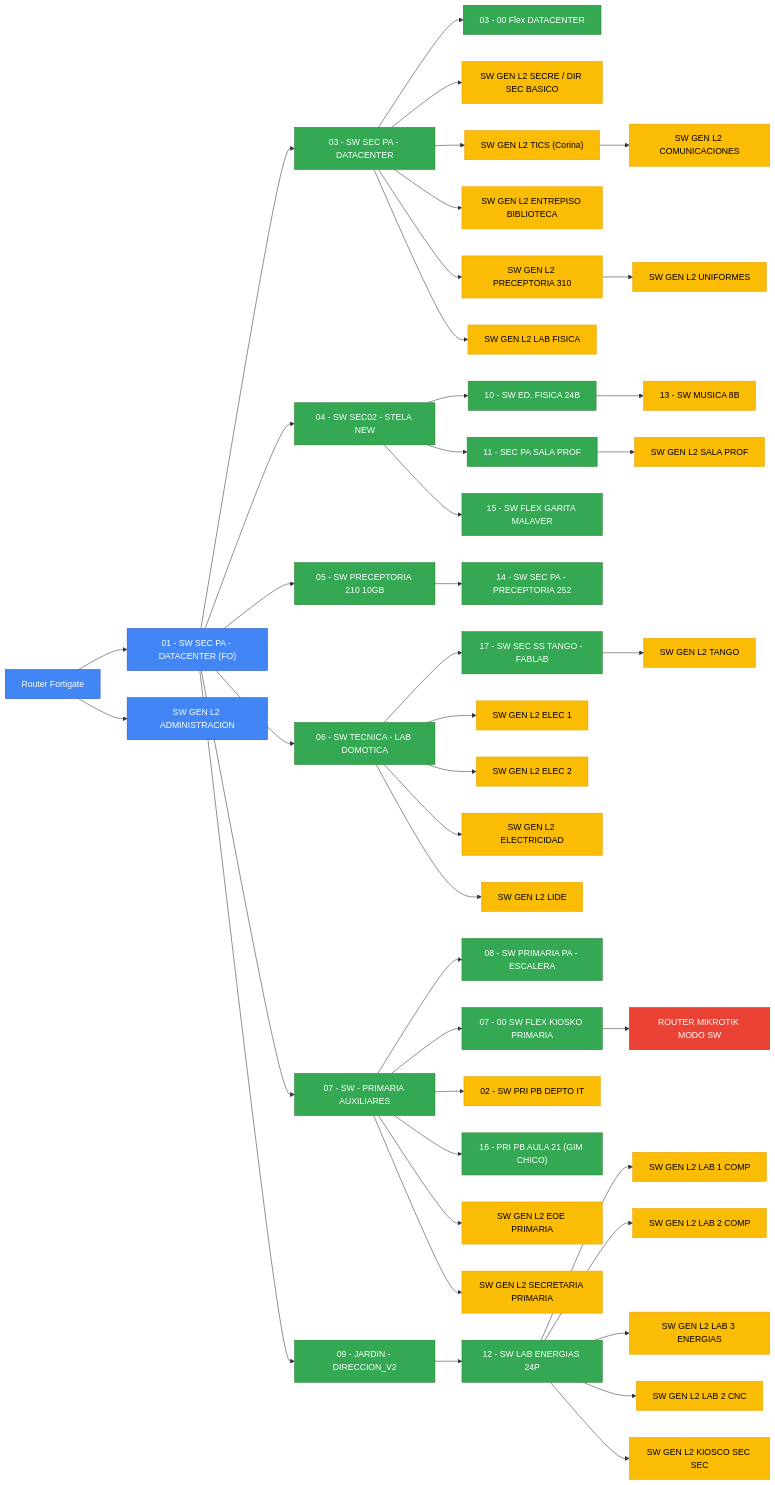
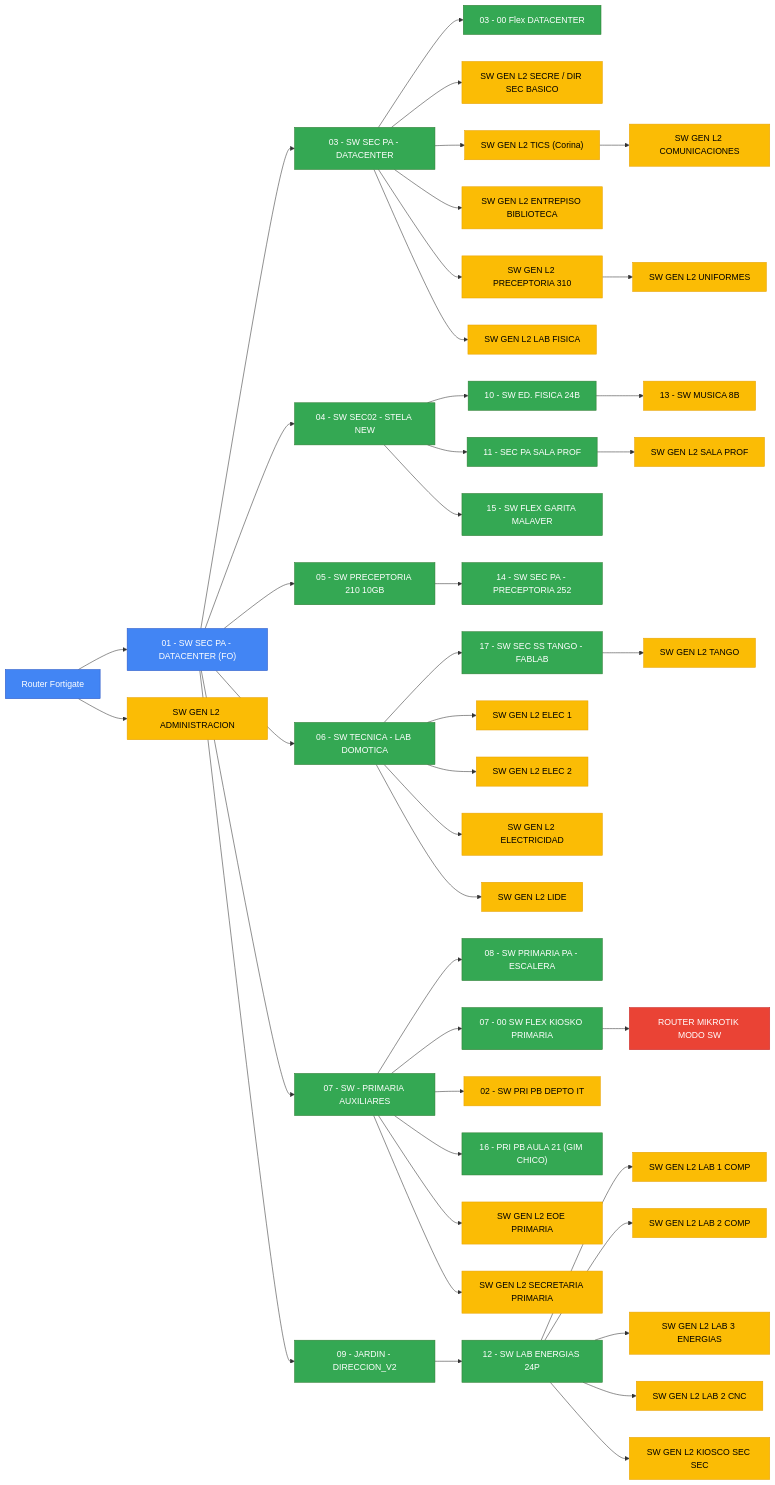
Before and after one commit to carlostcba/Topologia-LSF: the diagram in README.md, drawn with Mermaid.

````diff
--- a/README.md
+++ b/README.md
@@ -2,59 +2,59 @@
 ```mermaid
 flowchart LR
     classDef core fill:#4285F4,stroke:#2A56C6,color:white;
     classDef distribucion fill:#34A853,stroke:#2E7D32,color:white;
     classDef acceso fill:#FBBC05,stroke:#E8A203,color:black;
     classDef especial fill:#EA4335,stroke:#C62828,color:white;
 
     RF[Router Fortigate] --> C01["01 - SW SEC PA - DATACENTER (FO)"]
     RF --> S02["SW GEN L2 ADMINISTRACION"]
     C01 --> S03["03 - SW SEC PA - DATACENTER"]
     S03 --> F03["03 - 00 Flex DATACENTER"]
     S03 --> S031["SW GEN L2 SECRE / DIR SEC BASICO"]
     S03 --> S032["SW GEN L2 TICS (Corina)"]
     S032 --> S036["SW GEN L2 COMUNICACIONES"]
     S03 --> S033["SW GEN L2 ENTREPISO BIBLIOTECA"]
     S03 --> S034["SW GEN L2 PRECEPTORIA 310"]
     S034 --> S037["SW GEN L2 UNIFORMES"]
     S03 --> S035["SW GEN L2 LAB FISICA"]
 
     C01 --> S04["04 - SW SEC02 - STELA NEW"]
     S04 --> E10["10 - SW ED. FISICA 24B"]
     E10 --> M13["13 - SW MUSICA 8B"]
     S04 --> P11["11 - SEC PA SALA PROF"]
     P11 --> SPROF["SW GEN L2 SALA PROF"]
     S04 --> FLEX2["15 - SW FLEX GARITA MALAVER"]
 
     C01 --> S05["05 - SW PRECEPTORIA 210 10GB"]
     S05 --> P14["14 - SW SEC PA - PRECEPTORIA 252"]
 
     C01 --> S06["06 - SW TECNICA - LAB DOMOTICA"]
     S06 --> T17["17 - SW SEC SS TANGO - FABLAB"]
     T17 --> TANGO["SW GEN L2 TANGO"]
     S06 --> ELEC1["SW GEN L2 ELEC 1"]
     S06 --> ELEC2["SW GEN L2 ELEC 2"]
     S06 --> ELEC3["SW GEN L2 ELECTRICIDAD"]
     S06 --> LIDE["SW GEN L2 LIDE"]
 
     C01 --> S07["07 - SW - PRIMARIA AUXILIARES"]
     S07 --> P08["08 - SW PRIMARIA PA - ESCALERA"]
     S07 --> K07["07 - 00 SW FLEX KIOSKO PRIMARIA"]
     K07 --> RMIK["ROUTER MIKROTIK MODO SW"]
     S07 --> D02["02 - SW PRI PB DEPTO IT"]
     S07 --> G16["16 - PRI PB AULA 21 (GIM CHICO)"]
     S07 --> EOE["SW GEN L2 EOE PRIMARIA"]
     S07 --> SPRI["SW GEN L2 SECRETARIA PRIMARIA"]
 
     C01 --> S09["09 - JARDIN - DIRECCION_V2"]
     S09 --> L12["12 - SW LAB ENERGIAS 24P"]
     L12 --> LC1["SW GEN L2 LAB 1 COMP"]
     L12 --> LC2["SW GEN L2 LAB 2 COMP"]
     L12 --> LE3["SW GEN L2 LAB 3 ENERGIAS"]
     L12 --> CNC["SW GEN L2 LAB 2 CNC"]
     L12 --> KSEC["SW GEN L2 KIOSCO SEC SEC"]
 
-    class RF,C01,S02 core;
+    class RF,C01 core;
     class S03,S04,S05,S06,S07,S09,F03,FLEX1,FLEX2,P11,E10,P14,T17,P08,K07,G16,L12 distribucion;
-    class S031,S032,S033,S034,S035,S036,S037,,M13,SPROF,TANGO,ELEC1,ELEC2,ELEC3,LIDE,D02,EOE,SPRI,LC1,LC2,LE3,CNC,KSEC acceso;
+    class S031,S032,S033,S034,S035,S036,S037,,M13,SPROF,TANGO,ELEC1,ELEC2,ELEC3,LIDE,D02,EOE,SPRI,LC1,LC2,LE3,CNC,KSEC,S02 acceso;
     class RMIK especial;
 ```
````
